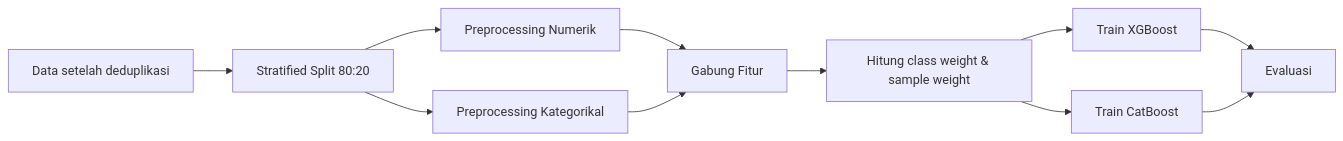
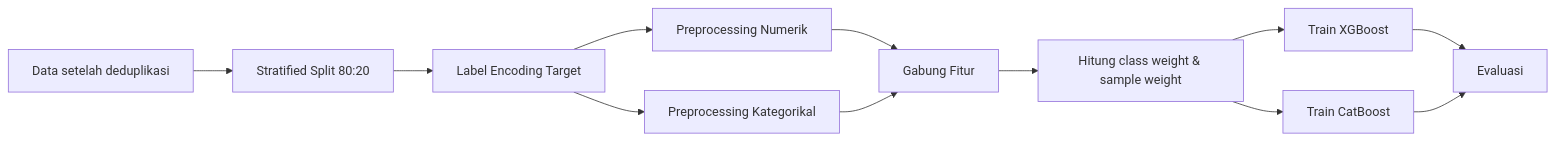
Before and after one commit to Nantarachma/Kode_Skripsi_Notebook: the third of 3 diagrams in Artikel_Jurnal_Sinta4_Analisis_Komparatif_XGBoost_CatBoost.md, drawn with Mermaid. The commit also changed other lines of this file, not shown here.

First line of the commit message:
docs: refine method diagrams with full class pie and label encoding step

````diff
--- a/Artikel_Jurnal_Sinta4_Analisis_Komparatif_XGBoost_CatBoost.md
+++ b/Artikel_Jurnal_Sinta4_Analisis_Komparatif_XGBoost_CatBoost.md
@@ -199,13 +205,14 @@
 ```mermaid
 flowchart LR
     A[Data setelah deduplikasi] --> B[Stratified Split 80:20]
-    B --> C[Preprocessing Numerik]
-    B --> D[Preprocessing Kategorikal]
+    B --> L[Label Encoding Target]
+    L --> C[Preprocessing Numerik]
+    L --> D[Preprocessing Kategorikal]
     C --> E[Gabung Fitur]
     D --> E
     E --> F[Hitung class weight & sample weight]
     F --> G[Train XGBoost]
     F --> H[Train CatBoost]
     G --> I[Evaluasi]
     H --> I
 ```
````
